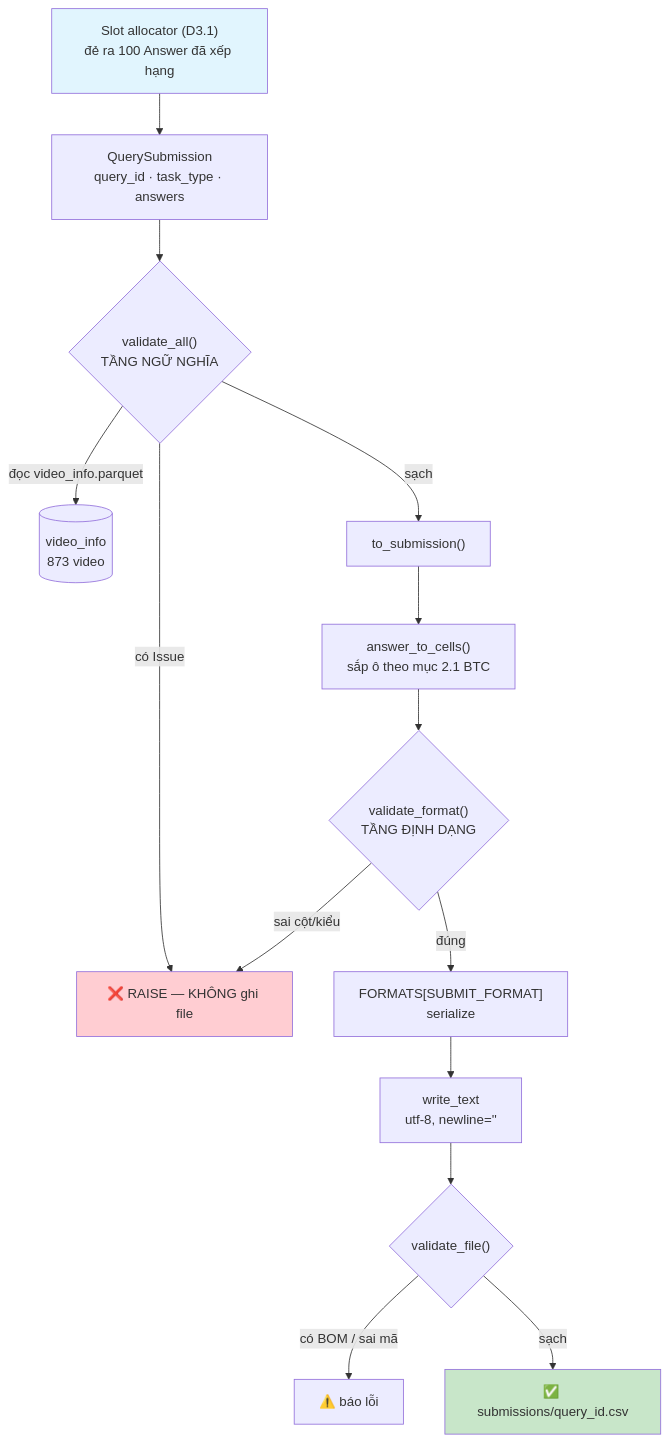
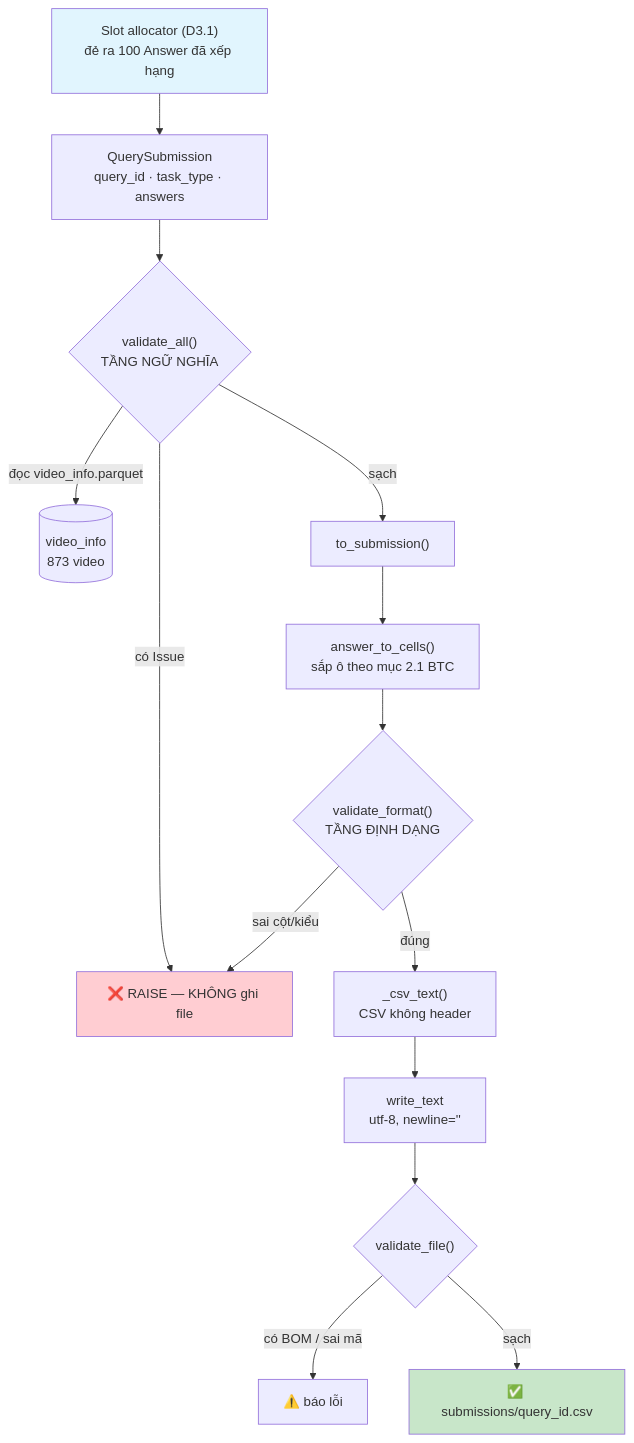
The diagram in reports/D02_W02_TECHNICAL_REPORT.md (Cts7426/AI-Challenge---AIC2026---475), drawn with Mermaid before and after one commit. The commit also changed other lines of this file and 6 other files, not shown here.

````diff
--- a/reports/D02_W02_TECHNICAL_REPORT.md
+++ b/reports/D02_W02_TECHNICAL_REPORT.md
@@ -76,20 +76,20 @@
 ```mermaid
 flowchart TD
     A["Slot allocator (D3.1)<br/>đẻ ra 100 Answer đã xếp hạng"] --> B["QuerySubmission<br/>query_id · task_type · answers"]
     B --> C{"validate_all()<br/>TẦNG NGỮ NGHĨA"}
     C -->|"đọc video_info.parquet"| D[("video_info<br/>873 video")]
     C -->|"có Issue"| E["❌ RAISE — KHÔNG ghi file"]
     C -->|"sạch"| F["to_submission()"]
     F --> G["answer_to_cells()<br/>sắp ô theo mục 2.1 BTC"]
     G --> H{"validate_format()<br/>TẦNG ĐỊNH DẠNG"}
     H -->|"sai cột/kiểu"| E
-    H -->|"đúng"| I["FORMATS[SUBMIT_FORMAT]<br/>serialize"]
+    H -->|"đúng"| I["_csv_text()<br/>CSV không header"]
     I --> J["write_text<br/>utf-8, newline=''"]
     J --> K{"validate_file()"}
     K -->|"có BOM / sai mã"| L["⚠️ báo lỗi"]
     K -->|"sạch"| M["✅ submissions/query_id.csv"]
 
     style A fill:#e1f5fe
     style M fill:#c8e6c9
     style E fill:#ffcdd2
 ```
````
